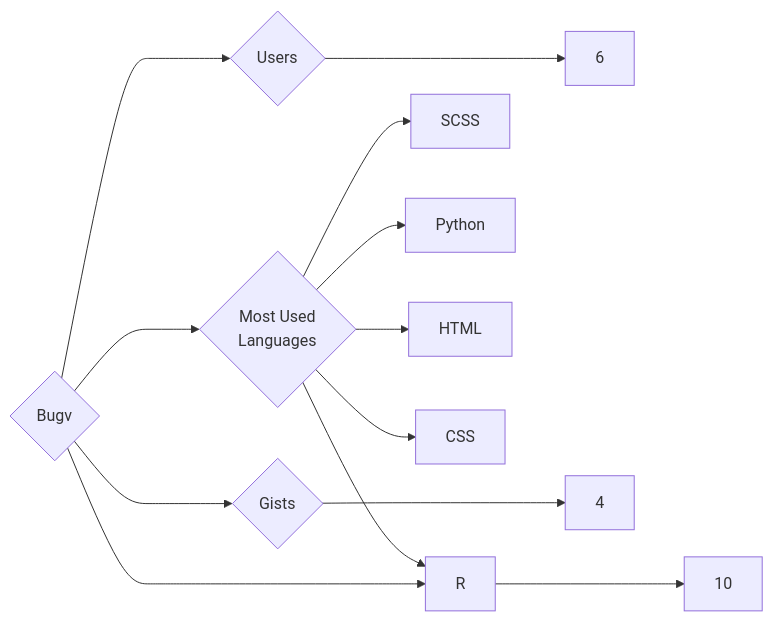
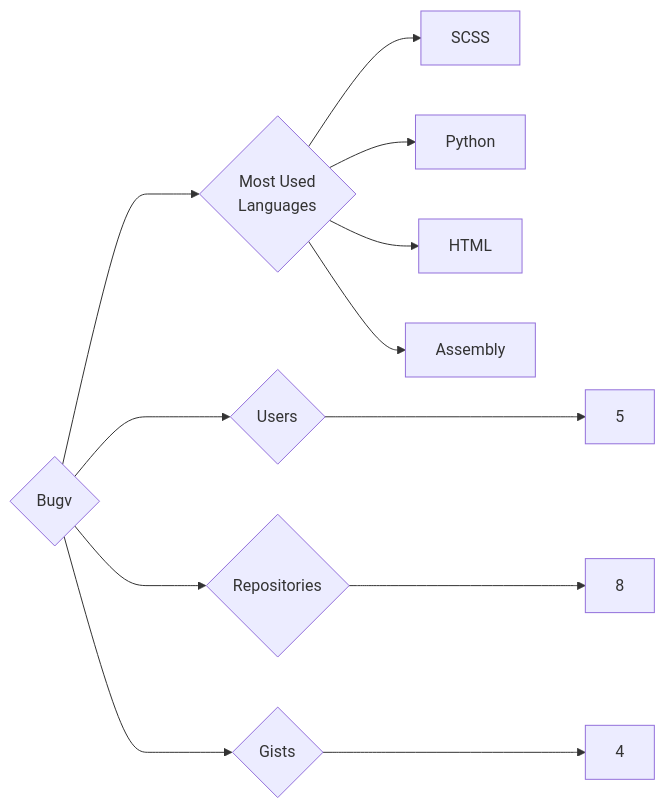
One commit to trickest/insiders changed the diagram in targets/Bugv/README.md. Above: the diagram before and after it, drawn with Mermaid. The commit also changed 1170 other files, not shown here.

````diff
--- a/targets/Bugv/README.md
+++ b/targets/Bugv/README.md
@@ -3,13 +3,12 @@
 ```mermaid
 graph LR
 COMPANY_NAME{Bugv}
-COMPANY_NAME ---> U{Users} ---> UN[6]
-COMPANY_NAME ---> R{Repositories} ---> RN[10]
+COMPANY_NAME ---> U{Users} ---> UN[5]
+COMPANY_NAME ---> R{Repositories} ---> RN[8]
 COMPANY_NAME ---> G{Gists} ---> GN[4]
 COMPANY_NAME ---> ML{Most Used<br>Languages}
 ML --> SCSS[SCSS]
-ML --> R[R]
 ML --> Python[Python]
 ML --> HTML[HTML]
-ML --> CSS[CSS]
+ML --> Assembly[Assembly]
 ```
````
